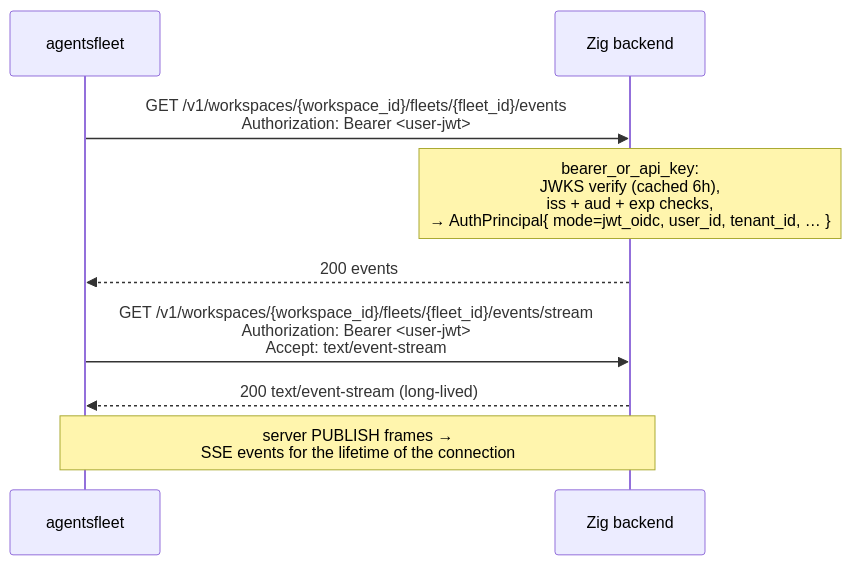
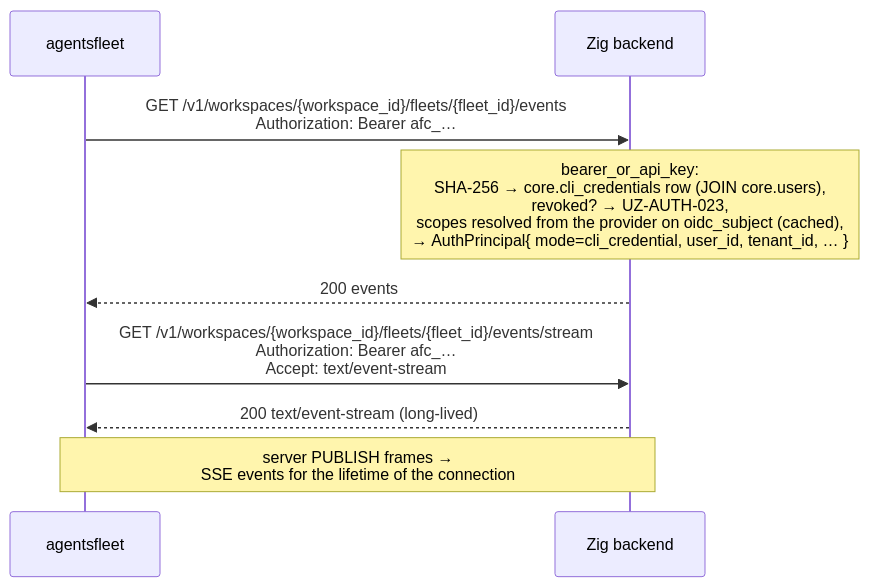
Before and after one commit to agentsfleet/agentsfleet: the second of 2 diagrams in docs/AUTH_DEVICE_LOGIN.md, drawn with Mermaid. The commit also changed other lines of this file and 2 other files, not shown here.

````diff
--- a/docs/AUTH_DEVICE_LOGIN.md
+++ b/docs/AUTH_DEVICE_LOGIN.md
@@ -269,13 +274,13 @@
 ```mermaid
 sequenceDiagram
     participant CLI as agentsfleet
     participant API as Zig backend
 
-    CLI->>API: GET /v1/workspaces/{workspace_id}/fleets/{fleet_id}/events<br/>Authorization: Bearer <user-jwt>
-    Note over API: bearer_or_api_key:<br/>JWKS verify (cached 6h),<br/>iss + aud + exp checks,<br/>→ AuthPrincipal{ mode=jwt_oidc, user_id, tenant_id, … }
+    CLI->>API: GET /v1/workspaces/{workspace_id}/fleets/{fleet_id}/events<br/>Authorization: Bearer afc_…
+    Note over API: bearer_or_api_key:<br/>SHA-256 → core.cli_credentials row (JOIN core.users),<br/>revoked? → UZ-AUTH-023,<br/>scopes resolved from the provider on oidc_subject (cached),<br/>→ AuthPrincipal{ mode=cli_credential, user_id, tenant_id, … }
     API-->>CLI: 200 events
 
-    CLI->>API: GET /v1/workspaces/{workspace_id}/fleets/{fleet_id}/events/stream<br/>Authorization: Bearer <user-jwt><br/>Accept: text/event-stream
+    CLI->>API: GET /v1/workspaces/{workspace_id}/fleets/{fleet_id}/events/stream<br/>Authorization: Bearer afc_…<br/>Accept: text/event-stream
     API-->>CLI: 200 text/event-stream (long-lived)
     Note over CLI,API: server PUBLISH frames →<br/>SSE events for the lifetime of the connection
 ```
````
